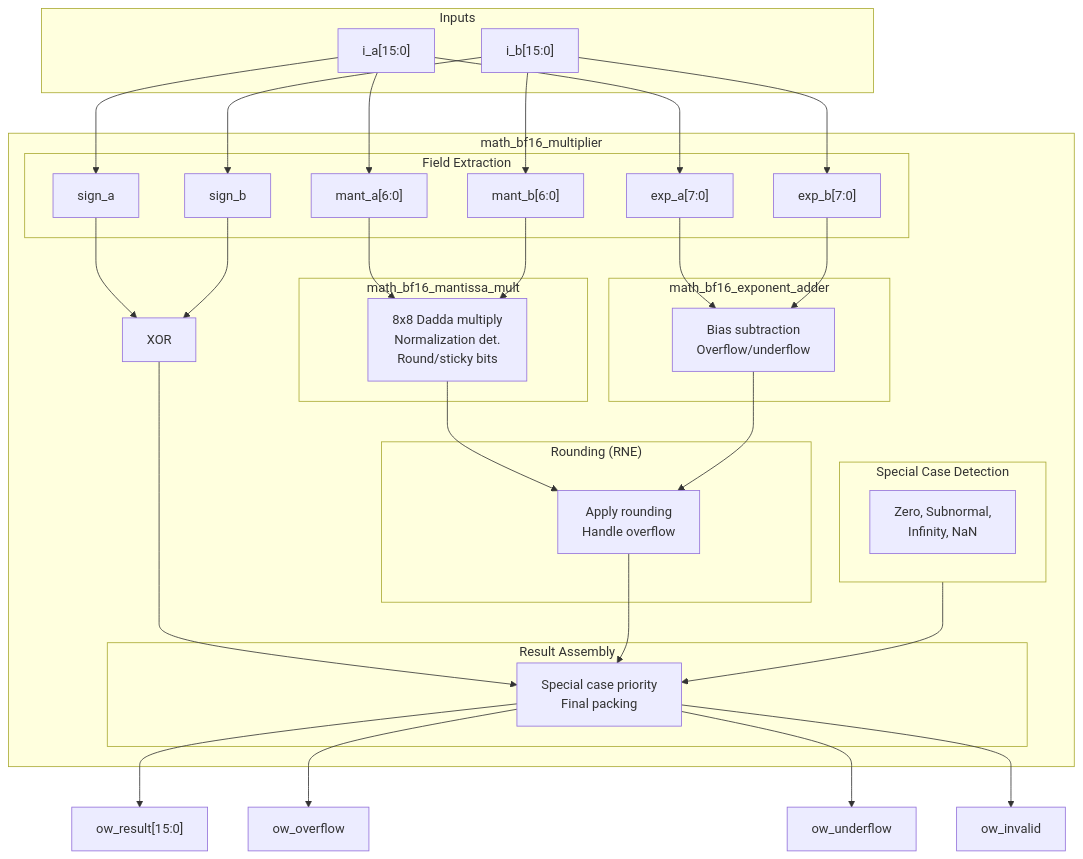
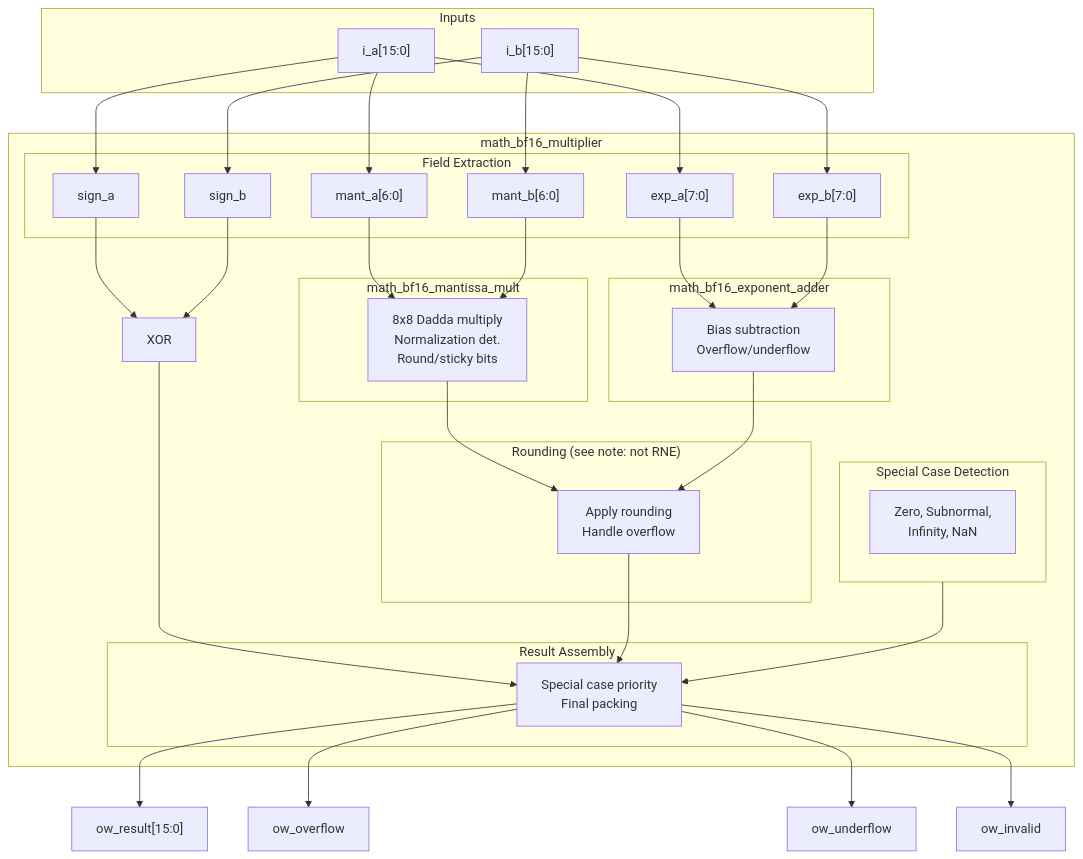
One commit to sean-galloway/RTLDesignSherpa changed the diagram in docs/markdown/rtl-math/math_bf16_multiplier.md. Above: the diagram before and after it, drawn with Mermaid. The commit also changed other lines of this file and 6 other files, not shown here.

````diff
--- a/docs/markdown/rtl-math/math_bf16_multiplier.md
+++ b/docs/markdown/rtl-math/math_bf16_multiplier.md
@@ -80,56 +80,56 @@
 ```mermaid
 flowchart TB
     subgraph Inputs["Inputs"]
         ia["i_a[15:0]"]
         ib["i_b[15:0]"]
     end
 
     subgraph BF16Mult["math_bf16_multiplier"]
         subgraph Extract["Field Extraction"]
             ia --> signa["sign_a"]
             ia --> expa["exp_a[7:0]"]
             ia --> manta["mant_a[6:0]"]
             ib --> signb["sign_b"]
             ib --> expb["exp_b[7:0]"]
             ib --> mantb["mant_b[6:0]"]
         end
 
         signa --> xor["XOR"]
         signb --> xor
 
         subgraph Special["Special Case Detection"]
             scd["Zero, Subnormal,<br/>Infinity, NaN"]
         end
 
         subgraph MantMult["math_bf16_mantissa_mult"]
             mm["8x8 Dadda multiply<br/>Normalization det.<br/>Round/sticky bits"]
         end
 
         subgraph ExpAdd["math_bf16_exponent_adder"]
             ea["Bias subtraction<br/>Overflow/underflow"]
         end
 
-        subgraph Round["Rounding (RNE)"]
+        subgraph Round["Rounding (see note: not RNE)"]
             rnd["Apply rounding<br/>Handle overflow"]
         end
 
         subgraph Assembly["Result Assembly"]
             asm["Special case priority<br/>Final packing"]
         end
 
         manta --> mm
         mantb --> mm
         expa --> ea
         expb --> ea
         mm --> rnd
         ea --> rnd
         xor --> asm
         rnd --> asm
         Special --> asm
     end
 
     asm --> result["ow_result[15:0]"]
     asm --> overflow["ow_overflow"]
     asm --> underflow["ow_underflow"]
     asm --> invalid["ow_invalid"]
 ```
````
